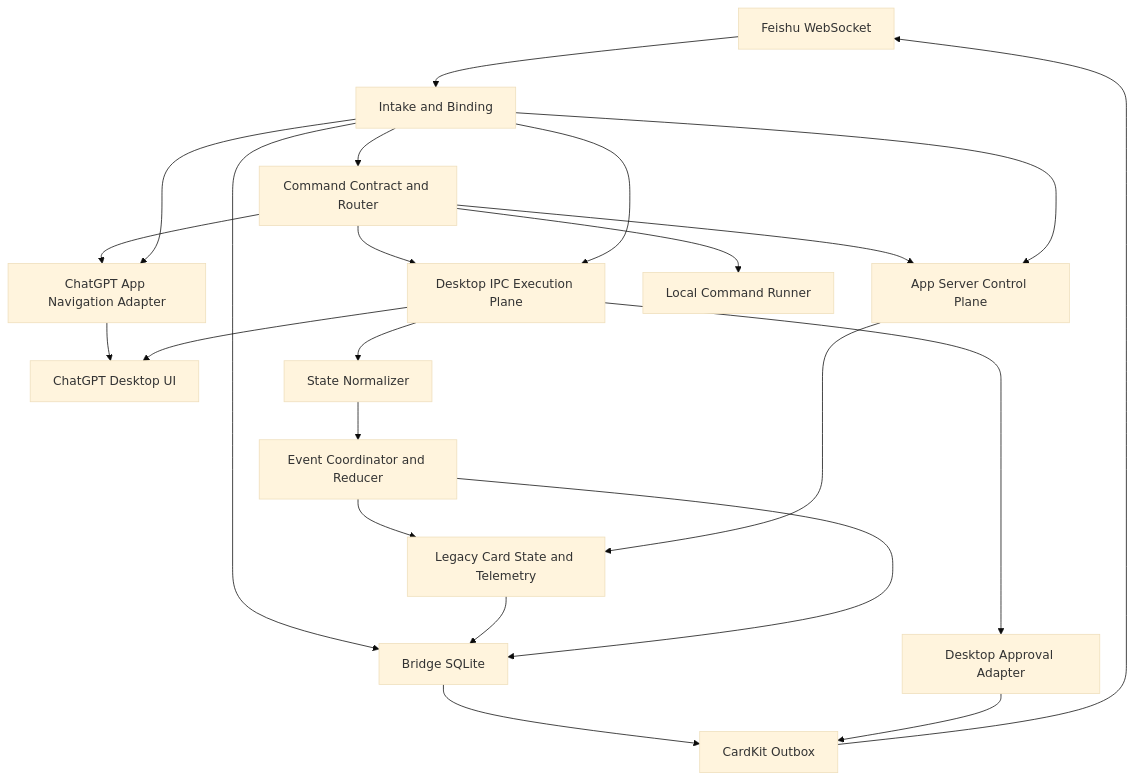
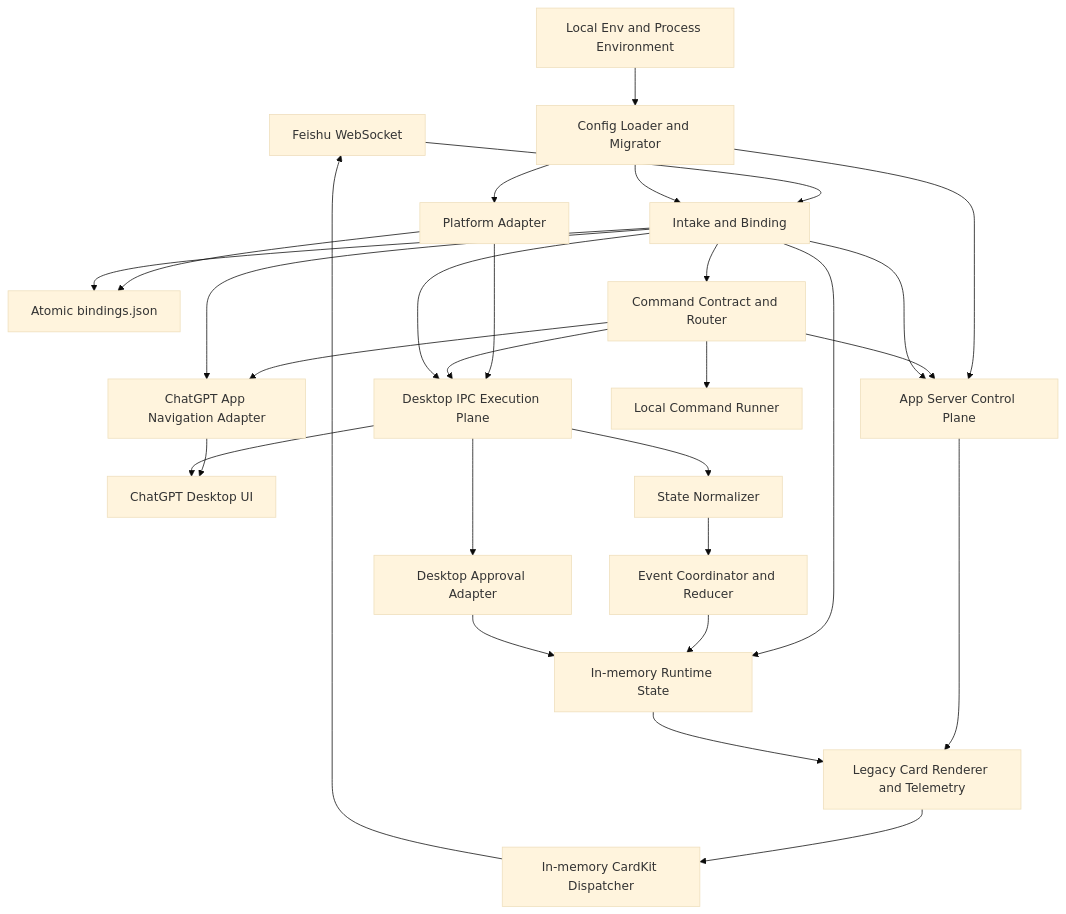
One commit to jylaxp/codex-feishu-bridge changed the fourth of 4 diagrams in docs/plans/2026-07-14-001-feat-feishu-chatgpt-desktop-ipc-bridge-plan.md. Above: the diagram before and after it, drawn with Mermaid (base theme). The commit also changed other lines of this file and 9 other files, not shown here.

````diff
--- a/docs/plans/2026-07-14-001-feat-feishu-chatgpt-desktop-ipc-bridge-plan.md
+++ b/docs/plans/2026-07-14-001-feat-feishu-chatgpt-desktop-ipc-bridge-plan.md
@@ -762,25 +1061,31 @@
 ```mermaid
 flowchart TB
     F["Feishu WebSocket"] --> I["Intake and Binding"]
-    I --> M["Command Contract and Router"]
-    M --> A
-    M --> X
-    M --> G
-    M --> L["Local Command Runner"]
-    I --> D["Bridge SQLite"]
+    E["Local Env and Process Environment"] --> K["Config Loader and Migrator"]
+    K --> I
+    K --> A
+    K --> Z["Platform Adapter"]
+    Z --> X
+    Z --> B["Atomic bindings.json"]
+    I --> B
+    I --> M["In-memory Runtime State"]
+    I --> CMR["Command Contract and Router"]
+    CMR --> A
+    CMR --> X
+    CMR --> G
+    CMR --> L["Local Command Runner"]
     I --> A["App Server Control Plane"]
     I --> X["Desktop IPC Execution Plane"]
     I --> G["ChatGPT App Navigation Adapter"]
     G --> C
     X --> C["ChatGPT Desktop UI"]
     X --> N["State Normalizer"]
     N --> R["Event Coordinator and Reducer"]
-    R --> T["Legacy Card State and Telemetry"]
-    A --> T
-    T --> D
-    R --> D
-    D --> O["CardKit Outbox"]
-    O --> F
+    R --> M
+    A --> T["Legacy Card Renderer and Telemetry"]
+    M --> T
+    T --> P["In-memory CardKit Dispatcher"]
+    P --> F
     X --> Q["Desktop Approval Adapter"]
-    Q --> O
+    Q --> M
 ```
````
